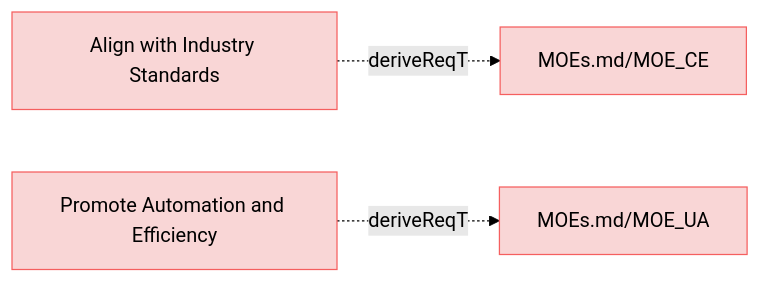
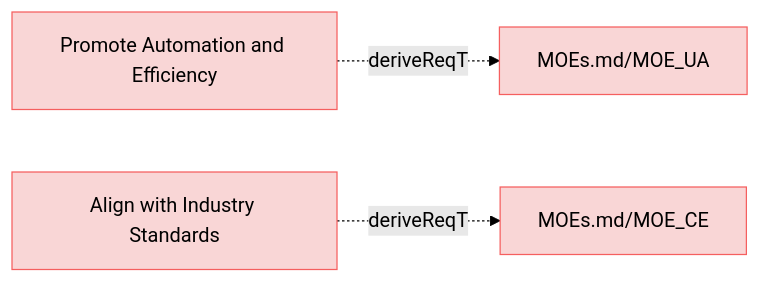
The diagram in specifications/MissionRequirements.md (reqvire-org/reqvire), drawn with Mermaid (forest theme) before and after one commit. The commit also changed 44 other files, not shown here.

Commit message:
Diagrams bug fixes. Test improvements.

````diff
--- a/specifications/MissionRequirements.md
+++ b/specifications/MissionRequirements.md
@@ -5,23 +5,23 @@
 ```mermaid
 graph LR;
   %% Graph styling
   classDef requirement fill:#f9d6d6,stroke:#f55f5f,stroke-width:1px;
   classDef verification fill:#d6f9d6,stroke:#5fd75f,stroke-width:1px;
   classDef externalLink fill:#d0e0ff,stroke:#3080ff,stroke-width:1px;
   classDef default fill:#f5f5f5,stroke:#333333,stroke-width:1px;
 
+  80166c5161b33956["Promote Automation and Efficiency"];
+  class 80166c5161b33956 requirement;
+  click 80166c5161b33956 "MissionRequirements.md#promote-automation-and-efficiency";
+  2c5f30f14e792200["MOEs.md/MOE_UA"];
+  class 2c5f30f14e792200 requirement;
+  click 2c5f30f14e792200 "MOEs.md#moe_ua";
+  80166c5161b33956 -.->|deriveReqT| 2c5f30f14e792200;
   b74eec7ed767e7c["Align with Industry Standards"];
-  click b74eec7ed767e7c "specifications/MissionRequirements.md#align-with-industry-standards#align-with-industry-standards";
   class b74eec7ed767e7c requirement;
+  click b74eec7ed767e7c "MissionRequirements.md#align-with-industry-standards";
   e9ad540a6411a0fc["MOEs.md/MOE_CE"];
   class e9ad540a6411a0fc requirement;
-  click e9ad540a6411a0fc "specifications/MOEs.md#moe_ce#moe_ce";
+  click e9ad540a6411a0fc "MOEs.md#moe_ce";
   b74eec7ed767e7c -.->|deriveReqT| e9ad540a6411a0fc;
-  80166c5161b33956["Promote Automation and Efficiency"];
-  click 80166c5161b33956 "specifications/MissionRequirements.md#promote-automation-and-efficiency#promote-automation-and-efficiency";
-  class 80166c5161b33956 requirement;
-  2c5f30f14e792200["MOEs.md/MOE_UA"];
-  class 2c5f30f14e792200 requirement;
-  click 2c5f30f14e792200 "specifications/MOEs.md#moe_ua#moe_ua";
-  80166c5161b33956 -.->|deriveReqT| 2c5f30f14e792200;
 ```
````
